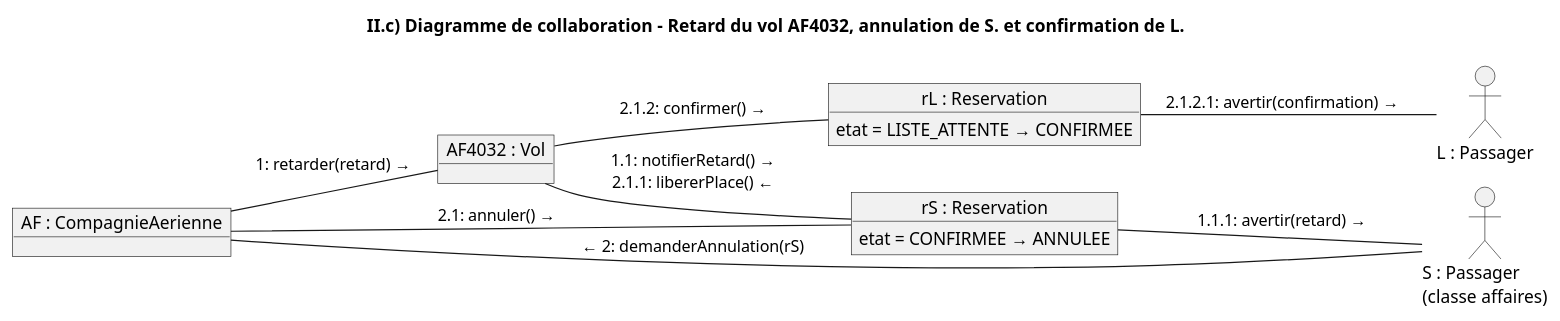
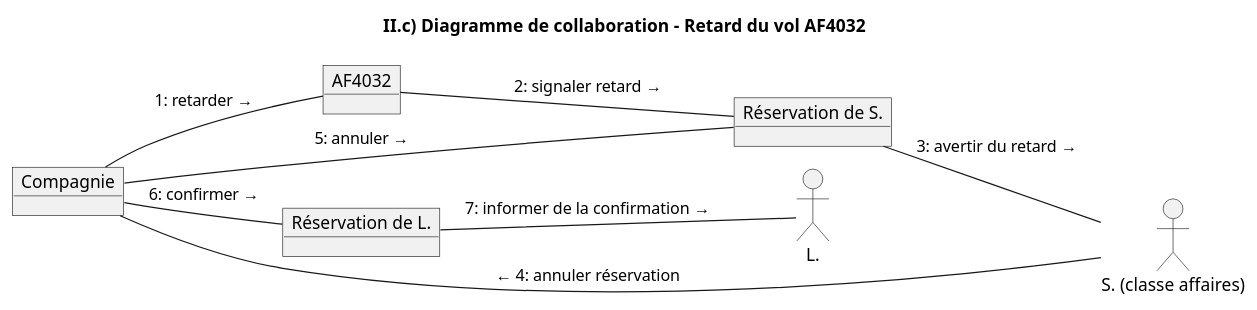
The diagram in TD1-UML/src/2c_collaboration_retard.puml (BambaXYZ/TP-C), drawn with PlantUML before and after one commit. The commit also changed 12 other files, not shown here.

First line of the commit message:
TD1 UML : noms simples directement sur les diagrammes

```diff
--- a/TD1-UML/src/2c_collaboration_retard.puml
+++ b/TD1-UML/src/2c_collaboration_retard.puml
@@ -1,24 +1,20 @@
 @startuml collaboration_c
 !pragma layout smetana
 allowmixing
-title II.c) Diagramme de collaboration - Retard du vol AF4032, annulation de S. et confirmation de L.
+title II.c) Diagramme de collaboration - Retard du vol AF4032
 left to right direction
-object "AF : CompagnieAerienne" as AF
-object "AF4032 : Vol" as V
-object "rS : Reservation" as RS {
-  etat = CONFIRMEE → ANNULEE
-}
-object "rL : Reservation" as RL {
-  etat = LISTE_ATTENTE → CONFIRMEE
-}
-actor "S : Passager\n(classe affaires)" as S
-actor "L : Passager" as L
+object "Compagnie" as AF
+object "AF4032" as V
+object "Réservation de S." as RS
+object "Réservation de L." as RL
+actor "S. (classe affaires)" as S
+actor "L." as L
 
-AF -- V : "1: retarder(retard) →"
-V -- RS : "1.1: notifierRetard() →\n2.1.1: libererPlace() ←"
-RS -- S : "1.1.1: avertir(retard) →"
-S -- AF : "← 2: demanderAnnulation(rS)"
-AF -- RS : "2.1: annuler() →"
-V -- RL : "2.1.2: confirmer() →"
-RL -- L : "2.1.2.1: avertir(confirmation) →"
+AF -- V : "1: retarder →"
+V -- RS : "2: signaler retard →"
+RS -- S : "3: avertir du retard →"
+S -- AF : "← 4: annuler réservation"
+AF -- RS : "5: annuler →"
+AF -- RL : "6: confirmer →"
+RL -- L : "7: informer de la confirmation →"
 @enduml
```
